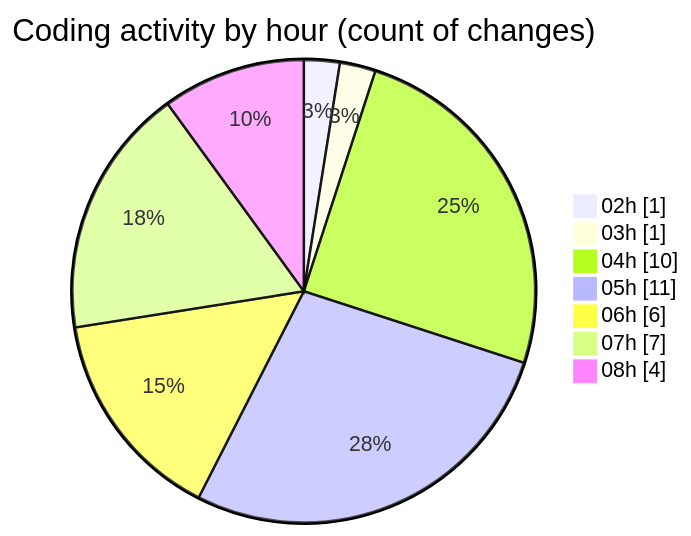
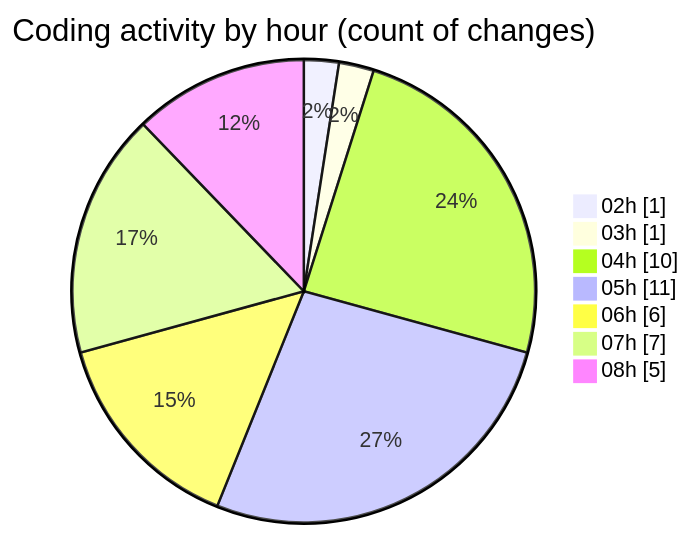
Before and after one commit to julien-gomy/code-tracking: the second of 2 diagrams in 2025-10-31/cdp_aleoudev_fr__workspace_/README.md, drawn with Mermaid. The commit also changed other lines of this file and 1 other file, not shown here.

````diff
--- a/2025-10-31/cdp_aleoudev_fr__workspace_/README.md
+++ b/2025-10-31/cdp_aleoudev_fr__workspace_/README.md
@@ -29,11 +29,11 @@
 ```mermaid
 pie showData
 title Coding activity by hour (count of changes)
 "02h" : 1
 "03h" : 1
 "04h" : 10
 "05h" : 11
 "06h" : 6
 "07h" : 7
-"08h" : 4
+"08h" : 5
 ```
````
